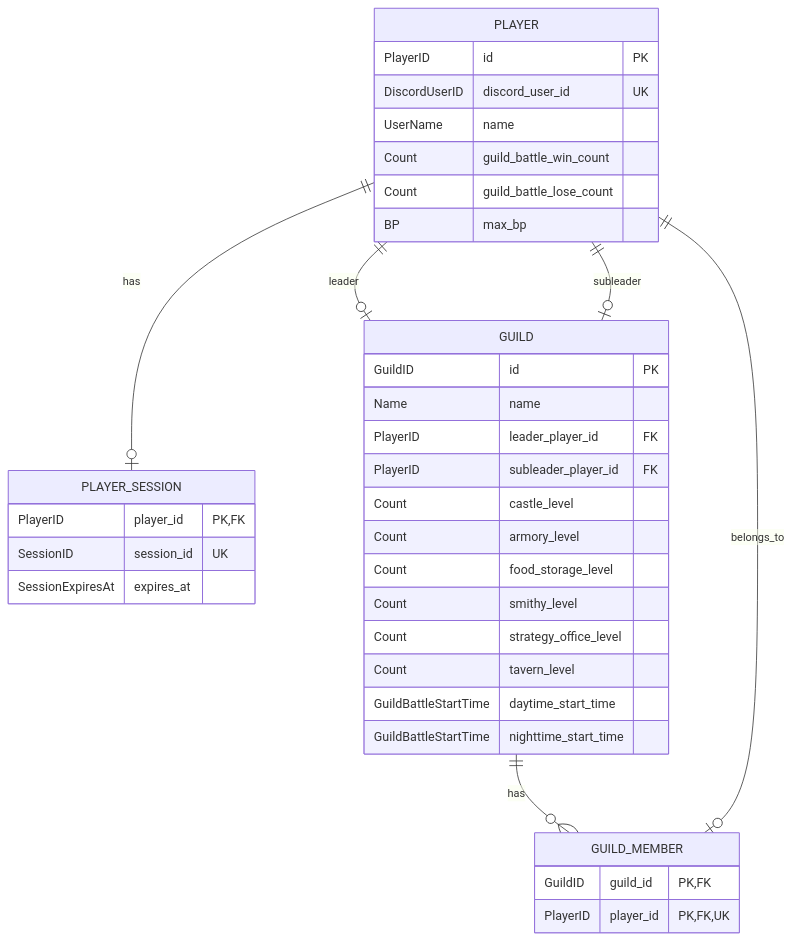
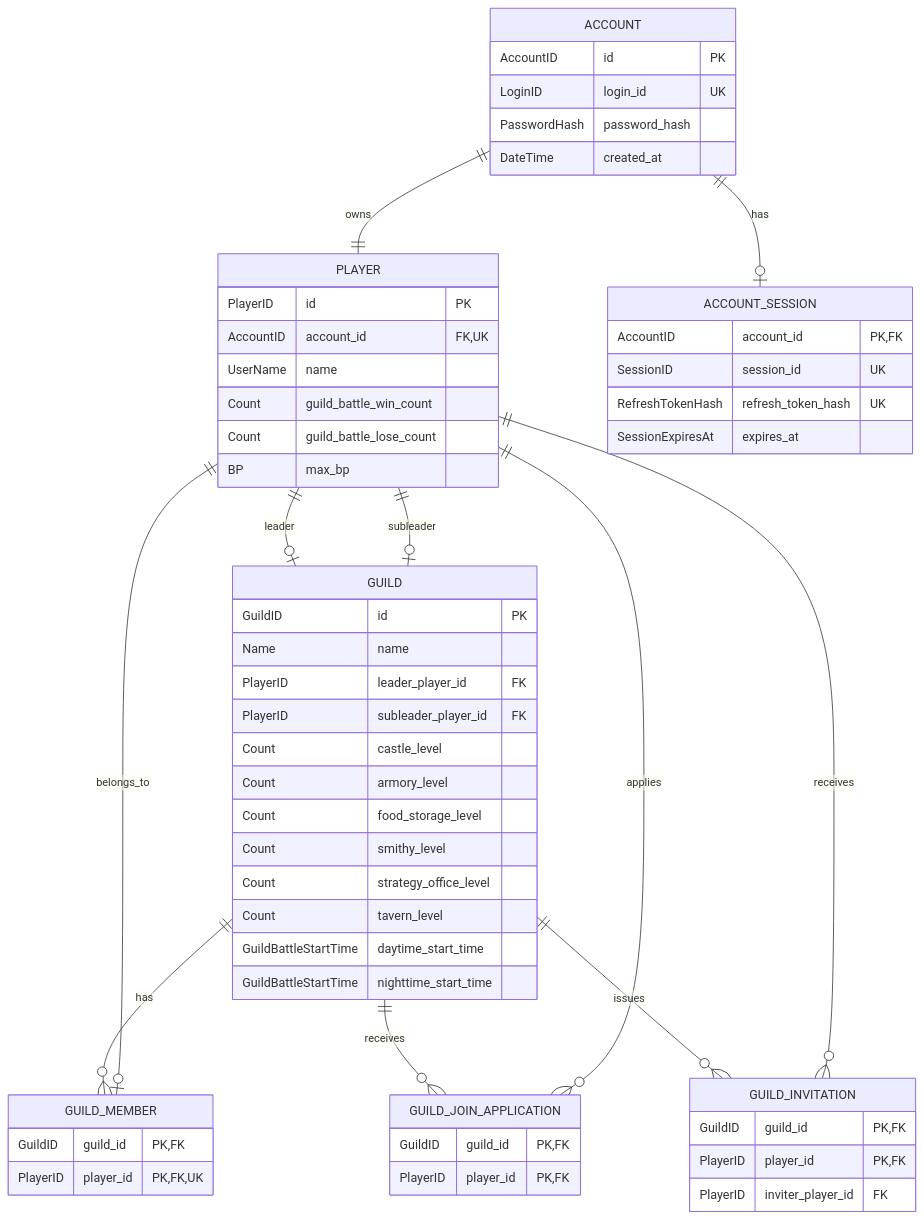
One commit to ReHydrangeaOdyssey/Specifications changed the first of 8 diagrams in design/data_base.md. Above: the diagram before and after it, drawn with Mermaid. The commit also changed other lines of this file and 18 other files, not shown here.

````diff
--- a/design/data_base.md
+++ b/design/data_base.md
@@ -11,44 +11,68 @@
 ```mermaid
 erDiagram
+    ACCOUNT {
+        AccountID id PK
+        LoginID login_id UK
+        PasswordHash password_hash
+        DateTime created_at
+    }
+
     PLAYER {
         PlayerID id PK
-        DiscordUserID discord_user_id UK
+        AccountID account_id FK, UK
         UserName name
         Count guild_battle_win_count
         Count guild_battle_lose_count
         BP max_bp
     }
 
-    PLAYER_SESSION {
-        PlayerID player_id PK, FK
+    ACCOUNT_SESSION {
+        AccountID account_id PK, FK
         SessionID session_id UK
+        RefreshTokenHash refresh_token_hash UK
         SessionExpiresAt expires_at
     }
 
     GUILD {
         GuildID id PK
         Name name
         PlayerID leader_player_id FK
         PlayerID subleader_player_id FK
         Count castle_level
         Count armory_level
         Count food_storage_level
         Count smithy_level
         Count strategy_office_level
         Count tavern_level
         GuildBattleStartTime daytime_start_time
         GuildBattleStartTime nighttime_start_time
     }
 
     GUILD_MEMBER {
         GuildID guild_id PK, FK
         PlayerID player_id PK, FK, UK
     }
 
+    GUILD_JOIN_APPLICATION {
+        GuildID guild_id PK, FK
+        PlayerID player_id PK, FK
+    }
+
+    GUILD_INVITATION {
+        GuildID guild_id PK, FK
+        PlayerID player_id PK, FK
+        PlayerID inviter_player_id FK
+    }
+
+    ACCOUNT ||--|| PLAYER : owns
+    ACCOUNT ||--o| ACCOUNT_SESSION : has
     GUILD ||--o{ GUILD_MEMBER : has
     PLAYER ||--o| GUILD_MEMBER : belongs_to
-    PLAYER ||--o| PLAYER_SESSION : has
+    GUILD ||--o{ GUILD_JOIN_APPLICATION : receives
+    PLAYER ||--o{ GUILD_JOIN_APPLICATION : applies
+    GUILD ||--o{ GUILD_INVITATION : issues
+    PLAYER ||--o{ GUILD_INVITATION : receives
 
     PLAYER ||--o| GUILD : leader
     PLAYER ||--o| GUILD : subleader
 ```
````
